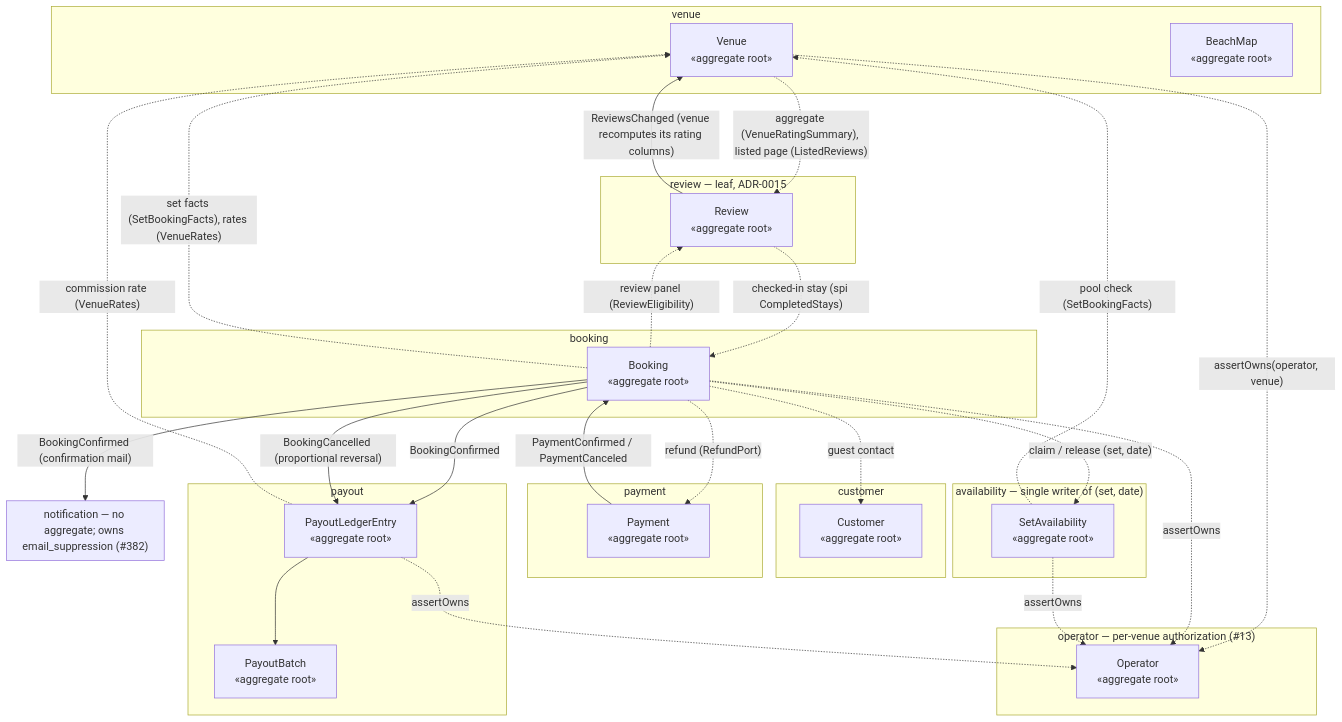
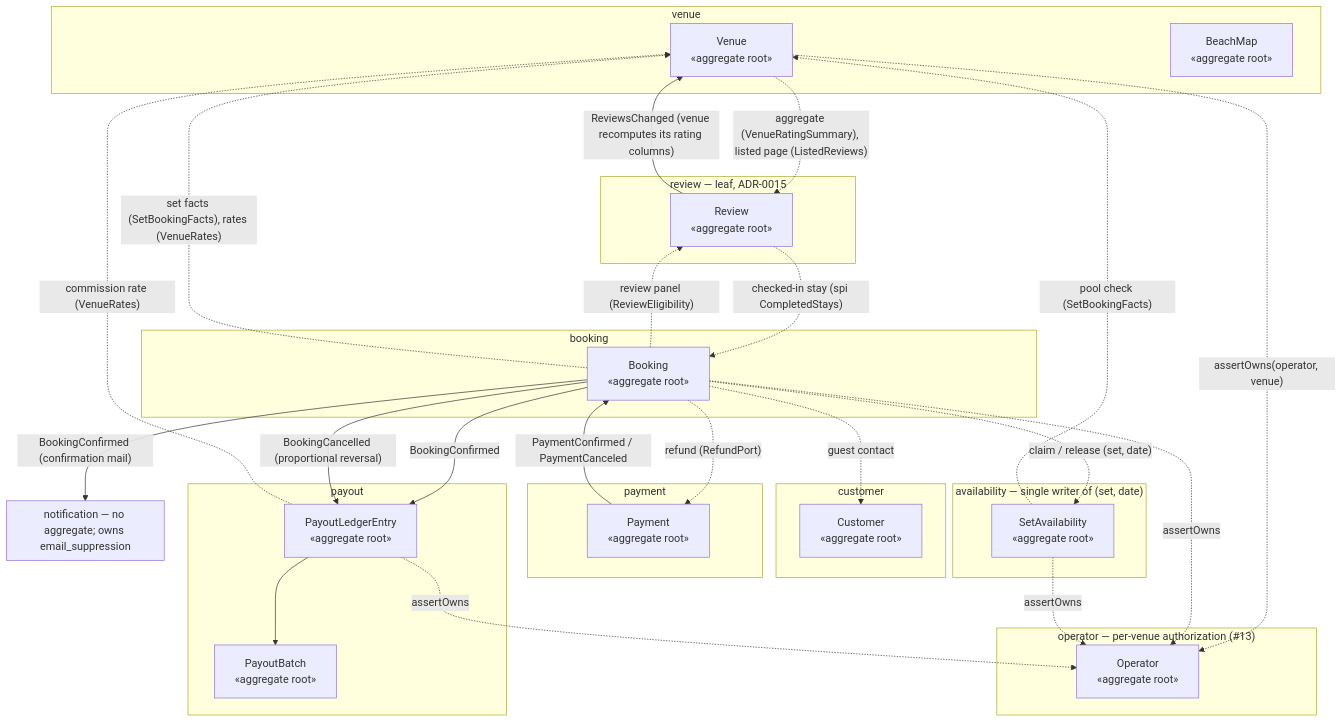
Before and after one commit to ivopogace/riviera-sunbed-booking: the first of 12 diagrams in docs/architecture/domain-model.md, drawn with Mermaid. The commit also changed other lines of this file and 39 other files, not shown here.

First line of the commit message:
Trim the ADRs and architecture docs; fix the #901 review findings (#902)

````diff
--- a/docs/architecture/domain-model.md
+++ b/docs/architecture/domain-model.md
@@ -27,53 +24,53 @@
 ```mermaid
 graph TB
     subgraph customer["customer"]
         CUST["Customer<br/>«aggregate root»"]
     end
     subgraph venue["venue"]
         VEN["Venue<br/>«aggregate root»"]
         MAP["BeachMap<br/>«aggregate root»"]
     end
     subgraph availability["availability — single writer of (set, date)"]
         AVAIL["SetAvailability<br/>«aggregate root»"]
     end
     subgraph booking["booking"]
         BOOK["Booking<br/>«aggregate root»"]
     end
     subgraph payment["payment"]
         PAY["Payment<br/>«aggregate root»"]
     end
     subgraph payout["payout"]
         LEDG["PayoutLedgerEntry<br/>«aggregate root»"]
         BATCH["PayoutBatch<br/>«aggregate root»"]
     end
-    subgraph notification["notification — no aggregate; owns email_suppression (#382)"]
+    subgraph notification["notification — no aggregate; owns email_suppression"]
     end
 
     subgraph operator["operator — per-venue authorization (#13)"]
         OP["Operator<br/>«aggregate root»"]
     end
     subgraph review["review — leaf, ADR-0015"]
         REV["Review<br/>«aggregate root»"]
     end
 
     PAY -- "PaymentConfirmed / PaymentCanceled" --> BOOK
     BOOK -- "BookingConfirmed" --> LEDG
     BOOK -- "BookingConfirmed (confirmation mail)" --> notification
     BOOK -- "BookingCancelled (proportional reversal)" --> LEDG
     REV -- "ReviewsChanged (venue recomputes its rating columns)" --> VEN
     VEN -. "aggregate (VenueRatingSummary), listed page (ListedReviews)" .-> REV
     BOOK -. "review panel (ReviewEligibility)" .-> REV
     REV -. "checked-in stay (spi CompletedStays)" .-> BOOK
 
     BOOK -. "claim / release (set, date)" .-> AVAIL
     BOOK -. "refund (RefundPort)" .-> PAY
     BOOK -. "set facts (SetBookingFacts), rates (VenueRates)" .-> VEN
     BOOK -. "guest contact" .-> CUST
     AVAIL -. "pool check (SetBookingFacts)" .-> VEN
     LEDG -. "commission rate (VenueRates)" .-> VEN
     VEN -. "assertOwns(operator, venue)" .-> OP
     BOOK -. "assertOwns" .-> OP
     AVAIL -. "assertOwns" .-> OP
     LEDG -. "assertOwns" .-> OP
     LEDG --> BATCH
 ```
````
